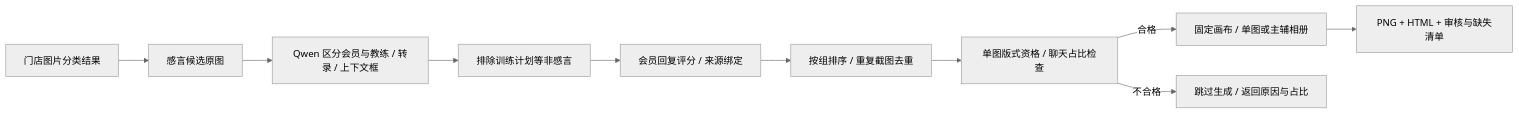
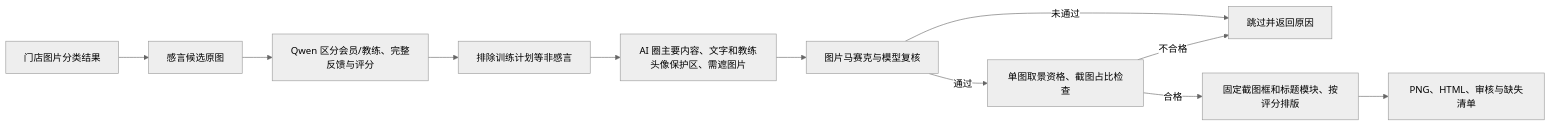
The diagram in docs/workflows/testimonial-album.md (zmdo/smart-pos), drawn with Mermaid (neutral theme) before and after one commit. The commit also changed other lines of this file and 9 other files, not shown here.

````diff
--- a/docs/workflows/testimonial-album.md
+++ b/docs/workflows/testimonial-album.md
@@ -5,12 +5,13 @@
 ```mermaid
 flowchart LR
     A[门店图片分类结果] --> B[感言候选原图]
-    B --> C[Qwen 区分会员与教练 / 转录 / 上下文框]
+    B --> C[Qwen 区分会员/教练、完整反馈与评分]
     C --> D[排除训练计划等非感言]
-    D --> E[会员回复评分 / 来源绑定]
-    E --> F[按组排序 / 重复截图去重]
-    F --> Q[单图版式资格 / 聊天占比检查]
-    Q -->|合格| G[固定画布 / 单图或主辅相册]
-    Q -->|不合格| R[跳过生成 / 返回原因与占比]
-    G --> H[PNG + HTML + 审核与缺失清单]
+    D --> E[AI 圈主要内容、文字和教练头像保护区、需遮图片]
+    E --> F[图片马赛克与模型复核]
+    F -->|通过| G[单图取景资格、截图占比检查]
+    F -->|未通过| R[跳过并返回原因]
+    G -->|合格| H[固定截图框和标题模块、按评分排版]
+    G -->|不合格| R
+    H --> I[PNG、HTML、审核与缺失清单]
 ```
````
